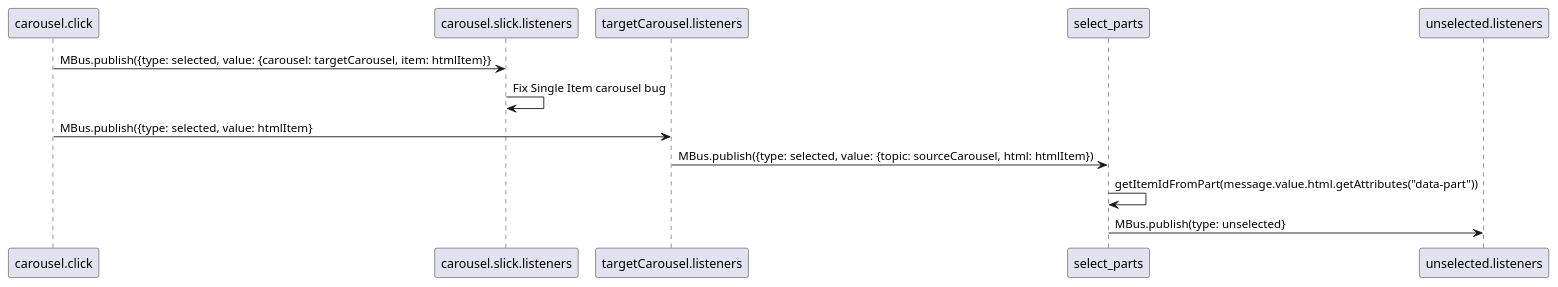
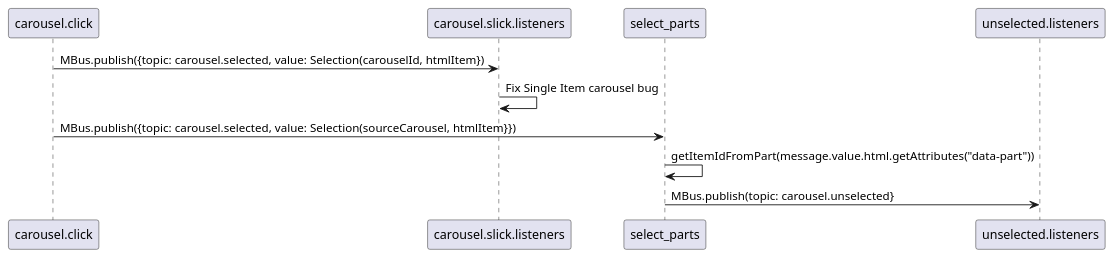
Before and after one commit to droughtscape/droughtscape: the diagram in selection.puml, drawn with PlantUML. The commit also changed 8 other files, not shown here.

Commit message:
Update UML Begin moving away from topic:type:value model in MBus to a simpler topic:value model

```diff
--- a/selection.puml
+++ b/selection.puml
@@ -1,8 +1,7 @@
 @startuml
-carousel.click -> carousel.slick.listeners: MBus.publish({type: selected, value: {carousel: targetCarousel, item: htmlItem}}
+carousel.click -> carousel.slick.listeners: MBus.publish({topic: carousel.selected, value: Selection(carouselId, htmlItem})
 carousel.slick.listeners -> carousel.slick.listeners: Fix Single Item carousel bug
-carousel.click -> targetCarousel.listeners: MBus.publish({type: selected, value: htmlItem}
-targetCarousel.listeners -> select_parts: MBus.publish({type: selected, value: {topic: sourceCarousel, html: htmlItem})
+carousel.click -> select_parts: MBus.publish({topic: carousel.selected, value: Selection(sourceCarousel, htmlItem}})
 select_parts -> select_parts: getItemIdFromPart(message.value.html.getAttributes("data-part"))
-select_parts -> unselected.listeners: MBus.publish(type: unselected}
+select_parts -> unselected.listeners: MBus.publish(topic: carousel.unselected}
 @enduml
```
